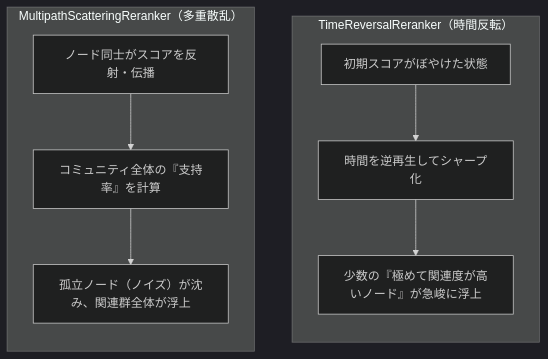
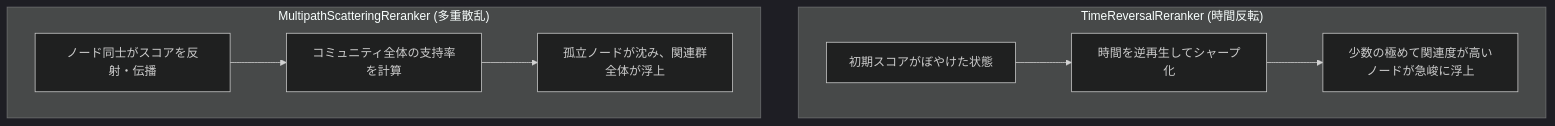
The fourth of 4 diagrams in articles/physics-graph-reranker.md (daiki-moritake/warpvector), drawn with Mermaid (dark theme) before and after one commit. The commit also changed other lines of this file and 1 other file, not shown here.

Commit message:
style: Mermaid v11.14.0で発生するシンタックスエラーを修正

````diff
--- a/articles/physics-graph-reranker.md
+++ b/articles/physics-graph-reranker.md
@@ -262,14 +262,12 @@
 ```mermaid
 graph TD
-    subgraph TR["TimeReversalReranker（時間反転）"]
-        direction TB
+    subgraph TR["TimeReversalReranker (時間反転)"]
         TR_1["初期スコアがぼやけた状態"] --> TR_2["時間を逆再生してシャープ化"]
-        TR_2 --> TR_OUT["少数の『極めて関連度が高いノード』が急峻に浮上"]
+        TR_2 --> TR_OUT["少数の極めて関連度が高いノードが急峻に浮上"]
     end
 
-    subgraph MS["MultipathScatteringReranker（多重散乱）"]
-        direction TB
-        MS_1["ノード同士がスコアを反射・伝播"] --> MS_2["コミュニティ全体の『支持率』を計算"]
-        MS_2 --> MS_OUT["孤立ノード（ノイズ）が沈み、関連群全体が浮上"]
+    subgraph MS["MultipathScatteringReranker (多重散乱)"]
+        MS_1["ノード同士がスコアを反射・伝播"] --> MS_2["コミュニティ全体の支持率を計算"]
+        MS_2 --> MS_OUT["孤立ノードが沈み、関連群全体が浮上"]
     end
 ```
````
